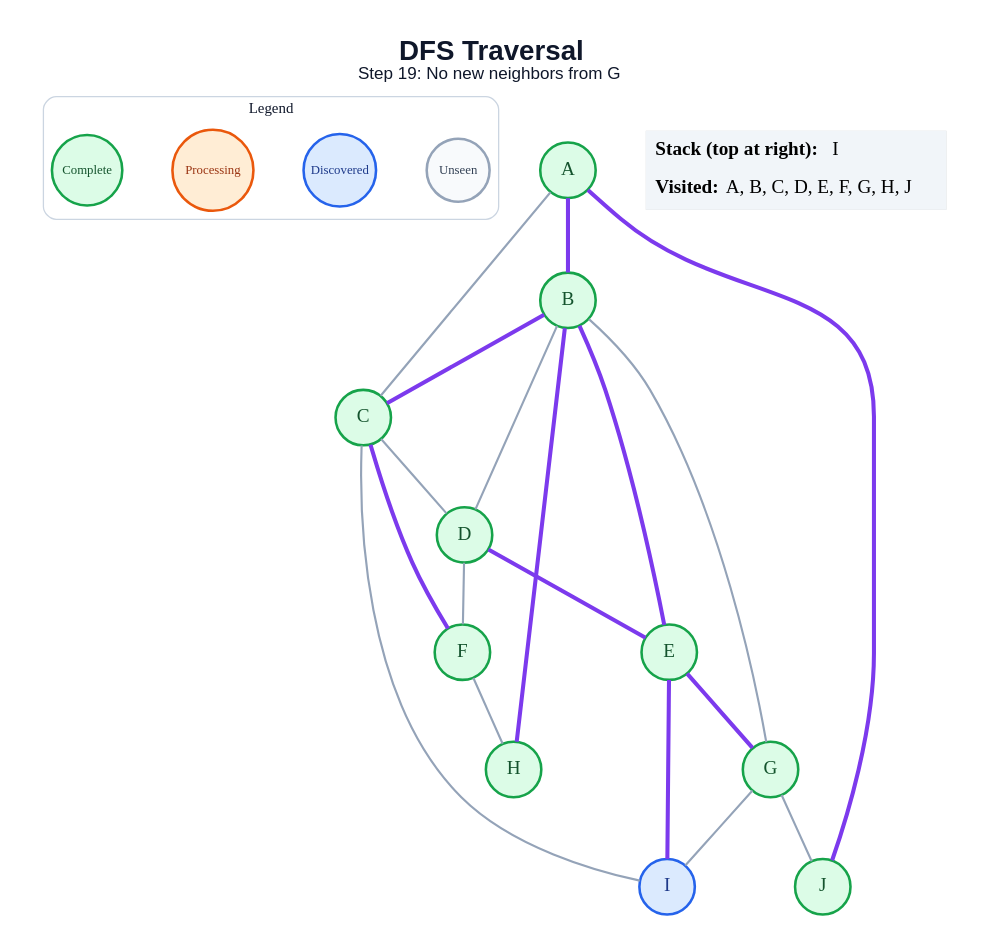
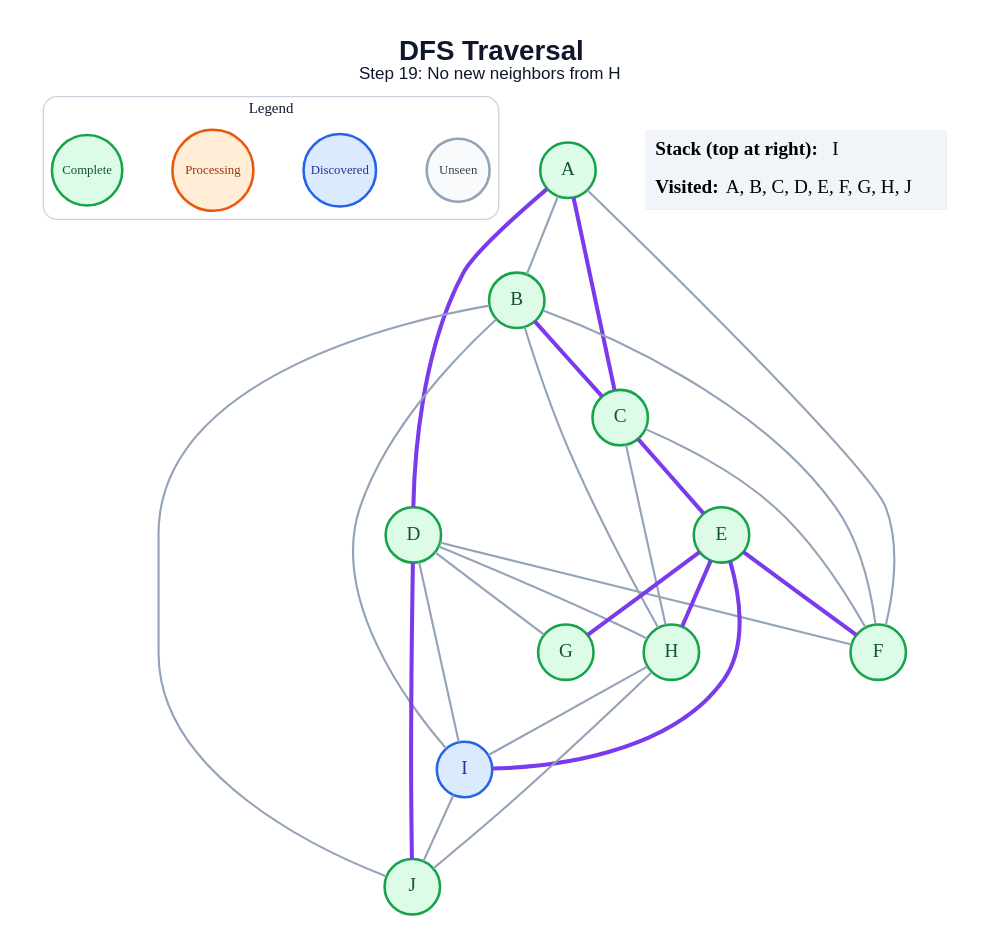
One commit to amanghodawala9/ai-slop changed the diagram in generated/specific-node/dfs/step_19.dot. Above: the diagram before and after it, drawn with Graphviz. The commit also changed 178 other files, not shown here.

```diff
--- a/generated/specific-node/dfs/step_19.dot
+++ b/generated/specific-node/dfs/step_19.dot
@@ -1,47 +1,53 @@
 graph traversal {
   graph [layout=dot, rankdir=TB, bgcolor="#FFFFFF", pad="0.35", nodesep="0.65", ranksep="0.8", fontname="Arial"];
   node [shape=circle, style="filled", fontname="Arial Bold", fontsize=18, width=0.72, fixedsize=true, penwidth=2.4];
   edge [color="#94A3B8", penwidth=2.0];
-  label=<<B>DFS Traversal</B><BR/><FONT POINT-SIZE="16">Step 19: No new neighbors from G</FONT>>; labelloc="t"; fontsize=26; fontname="Arial"; fontcolor="#0F172A";
+  label=<<B>DFS Traversal</B><BR/><FONT POINT-SIZE="16">Step 19: No new neighbors from H</FONT>>; labelloc="t"; fontsize=26; fontname="Arial"; fontcolor="#0F172A";
   subgraph cluster_legend { label="Legend"; color="#CBD5E1"; penwidth=1.2; style="rounded"; fontsize=14; fontname="Arial Bold";
     key_unseen [label="Unseen", fillcolor="#F8FAFC", color="#94A3B8", fontcolor="#334155", fontsize=12, width=0.82];
     key_frontier [label="Discovered", fillcolor="#DBEAFE", color="#2563EB", fontcolor="#1E3A8A", fontsize=12, width=0.95];
     key_current [label="Processing", fillcolor="#FFEDD5", color="#EA580C", fontcolor="#9A3412", fontsize=12, width=1.05];
     key_done [label="Complete", fillcolor="#DCFCE7", color="#16A34A", fontcolor="#14532D", fontsize=12, width=0.92];
     { rank=same; key_unseen; key_frontier; key_current; key_done; }
   }
   A [fillcolor="#DCFCE7", color="#16A34A", fontcolor="#14532D"];
   B [fillcolor="#DCFCE7", color="#16A34A", fontcolor="#14532D"];
   C [fillcolor="#DCFCE7", color="#16A34A", fontcolor="#14532D"];
   D [fillcolor="#DCFCE7", color="#16A34A", fontcolor="#14532D"];
   E [fillcolor="#DCFCE7", color="#16A34A", fontcolor="#14532D"];
   F [fillcolor="#DCFCE7", color="#16A34A", fontcolor="#14532D"];
   G [fillcolor="#DCFCE7", color="#16A34A", fontcolor="#14532D"];
   H [fillcolor="#DCFCE7", color="#16A34A", fontcolor="#14532D"];
   I [fillcolor="#DBEAFE", color="#2563EB", fontcolor="#1E3A8A"];
   J [fillcolor="#DCFCE7", color="#16A34A", fontcolor="#14532D"];
-  A -- B [color="#7C3AED", penwidth=3.8];
-  A -- C;
-  A -- J [color="#7C3AED", penwidth=3.8];
+  A -- B;
+  A -- C [color="#7C3AED", penwidth=3.8];
+  A -- D [color="#7C3AED", penwidth=3.8];
+  A -- F;
   B -- C [color="#7C3AED", penwidth=3.8];
-  B -- D;
-  B -- E [color="#7C3AED", penwidth=3.8];
-  B -- G;
-  B -- H [color="#7C3AED", penwidth=3.8];
-  C -- D;
-  C -- F [color="#7C3AED", penwidth=3.8];
-  C -- I;
-  D -- E [color="#7C3AED", penwidth=3.8];
+  B -- F;
+  B -- H;
+  B -- I;
+  B -- J;
+  C -- E [color="#7C3AED", penwidth=3.8];
+  C -- F;
+  C -- H;
   D -- F;
+  D -- G;
+  D -- H;
+  D -- I;
+  D -- J [color="#7C3AED", penwidth=3.8];
+  E -- F [color="#7C3AED", penwidth=3.8];
   E -- G [color="#7C3AED", penwidth=3.8];
+  E -- H [color="#7C3AED", penwidth=3.8];
   E -- I [color="#7C3AED", penwidth=3.8];
-  F -- H;
-  G -- I;
-  G -- J;
+  H -- I;
+  H -- J;
+  I -- J;
   status [shape=plain, fixedsize=false, width=0, height=0, margin=0, label=<
     <TABLE BORDER="0" CELLBORDER="0" CELLPADDING="7" BGCOLOR="#F1F5F9">
       <TR><TD ALIGN="LEFT"><B>Stack (top at right):</B> I</TD></TR>
       <TR><TD ALIGN="LEFT"><B>Visited:</B> A, B, C, D, E, F, G, H, J</TD></TR>
     </TABLE>
   >];
 }
```
